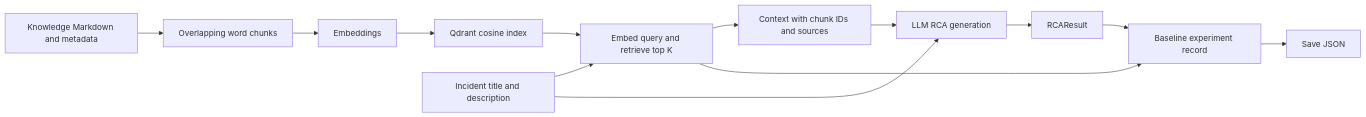
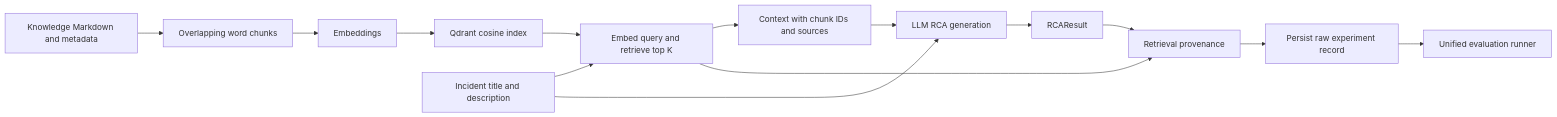
One commit to gaganjawa/traceroot changed the second of 3 diagrams in docs/ARCHITECTURE.md. Above: the diagram before and after it, drawn with Mermaid. The commit also changed other lines of this file and 2 other files, not shown here.

````diff
--- a/docs/ARCHITECTURE.md
+++ b/docs/ARCHITECTURE.md
@@ -50,15 +52,16 @@
 ```mermaid
 flowchart LR
     D[Knowledge Markdown and metadata] --> C[Overlapping word chunks]
     C --> E[Embeddings]
     E --> Q[Qdrant cosine index]
     I[Incident title and description] --> S[Embed query and retrieve top K]
     Q --> S
     S --> P[Context with chunk IDs and sources]
     I --> L[LLM RCA generation]
     P --> L
     L --> R[RCAResult]
-    S --> X[Baseline experiment record]
+    S --> X[Retrieval provenance]
     R --> X
-    X --> J[Save JSON]
+    X --> J[Persist raw experiment record]
+    J --> V[Unified evaluation runner]
 ```
````
